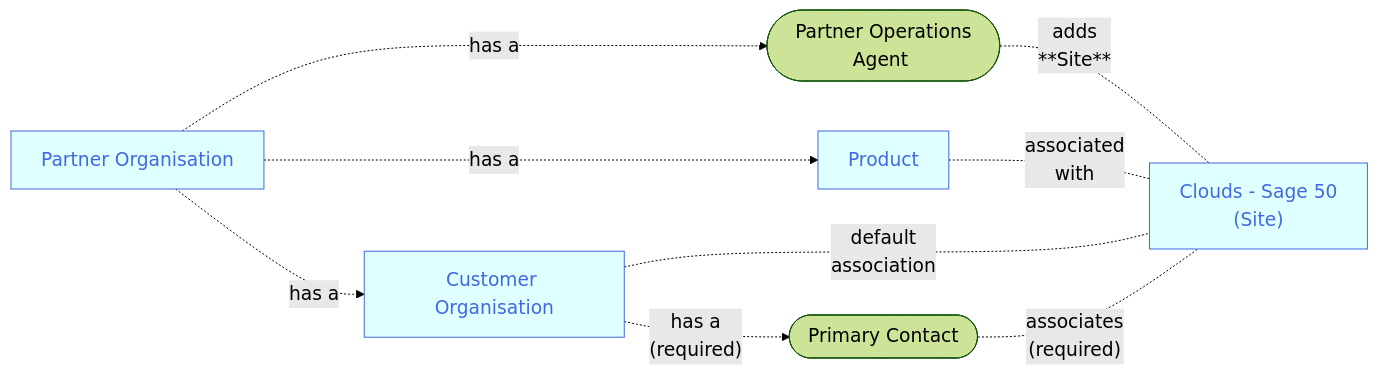
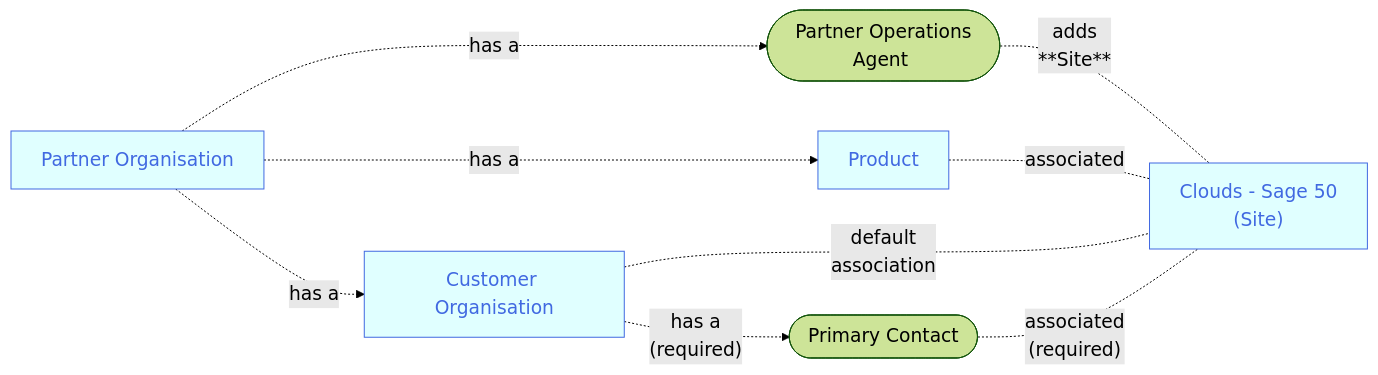
One commit to joe-dorward/samples changed the diagram in 2025_Sage/03_Scenario - Sites.mdx. Above: the diagram before and after it, drawn with Mermaid.

Commit message:
Update 03_Scenario - Sites.mdx

````diff
--- a/2025_Sage/03_Scenario - Sites.mdx
+++ b/2025_Sage/03_Scenario - Sites.mdx
@@ -6,43 +6,43 @@
 ```mermaid
 %%{
   init: {
     'theme': 'forest',
     'themeVariables': {
       'fontSize':'14pt'
     }
   }
 }%%
 flowchart LR
   classDef Sage fill:seagreen, color:honeydew;
   classDef Noun fill:lightcyan, stroke:royalblue, color:royalblue;
   classDef Note fill:white, stroke:white, text-align:left;
 
   PARTNER_ORGANISATION_01[Partner Organisation]
 
   PARTNER_ORGANISATION_01-.has a.->
   PARTNER_OPERATIONS_AGENT_01([&nbsp;Partner Operations Agent&nbsp;])
 
   PARTNER_OPERATIONS_AGENT_01-.adds<br/>**Site**.-
   SITE_01["Clouds - Sage 50<br/>(Site)"]
 
   PARTNER_ORGANISATION_01-.has a.->
-  PRODUCT_01[Product]-.associated<br/>with.-
+  PRODUCT_01[Product]-.associated.-
   SITE_01
 
   PARTNER_ORGANISATION_01-.has a.->
   CUSTOMER_ORGANISATION_01[Customer Organisation]-.default<br/>association.-
   SITE_01
 
   CUSTOMER_ORGANISATION_01-.has a<br/>(required).->
   PRIMARY_CONTACT_01([&nbsp;Primary Contact&nbsp;])
 
-  PRIMARY_CONTACT_01-.associates<br/>(required).-
+  PRIMARY_CONTACT_01-.associated<br/>(required).-
   SITE_01
 
 
 
 
 
   class PARTNER_ORGANISATION_01,CUSTOMER_ORGANISATION_01,PRODUCT_01,SITE_01 Noun
 
 ```
````
